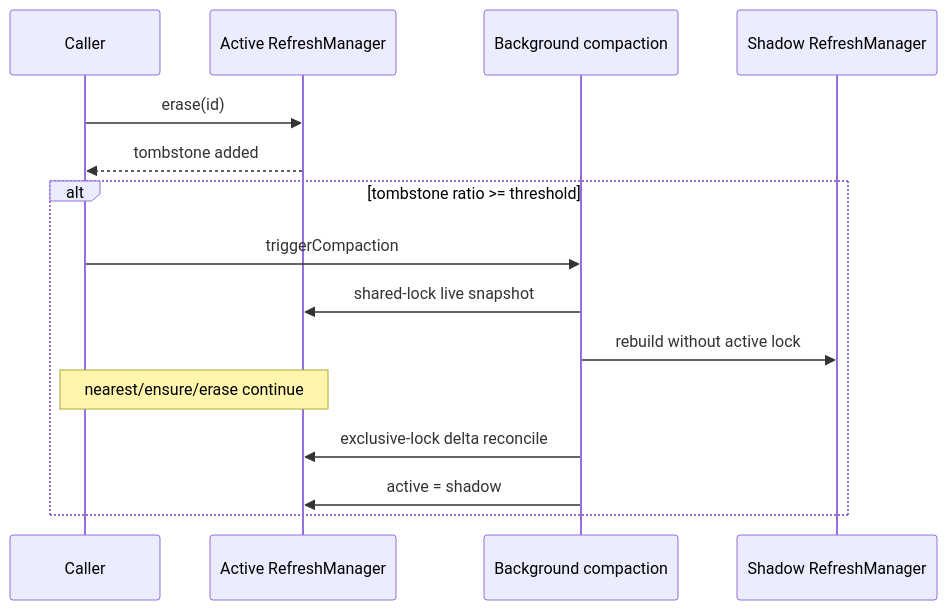
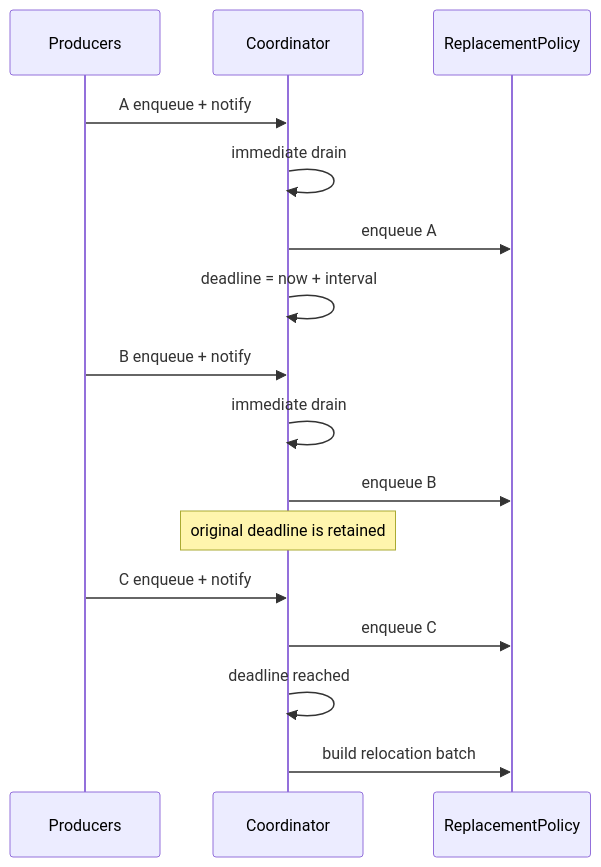
Before and after one commit to sjoon-oh/arachne-impl: the ninth of 13 diagrams in cpp/doc/code-documentation-v3.md, drawn with Mermaid. The commit also changed other lines of this file and 29 other files, not shown here.

````diff
--- a/cpp/doc/code-documentation-v3.md
+++ b/cpp/doc/code-documentation-v3.md
@@ -1678,18 +559,22 @@
 ```mermaid
 sequenceDiagram
-    participant C as Caller
-    participant A as Active RefreshManager
-    participant BG as Background compaction
-    participant S as Shadow RefreshManager
+    participant P as Producers
+    participant C as Coordinator
+    participant R as ReplacementPolicy
 
-    C->>A: erase(id)
-    A-->>C: tombstone added
-    alt tombstone ratio >= threshold
-        C->>BG: triggerCompaction
-        BG->>A: shared-lock live snapshot
-        BG->>S: rebuild without active lock
-        Note over C,A: nearest/ensure/erase continue
-        BG->>A: exclusive-lock delta reconcile
-        BG->>A: active = shadow
-    end
+    P->>C: A enqueue + notify
+    C->>C: immediate drain
+    C->>R: enqueue A
+    C->>C: deadline = now + interval
+
+    P->>C: B enqueue + notify
+    C->>C: immediate drain
+    C->>R: enqueue B
+    Note over C: original deadline is retained
+
+    P->>C: C enqueue + notify
+    C->>R: enqueue C
+
+    C->>C: deadline reached
+    C->>R: build relocation batch
 ```
````
